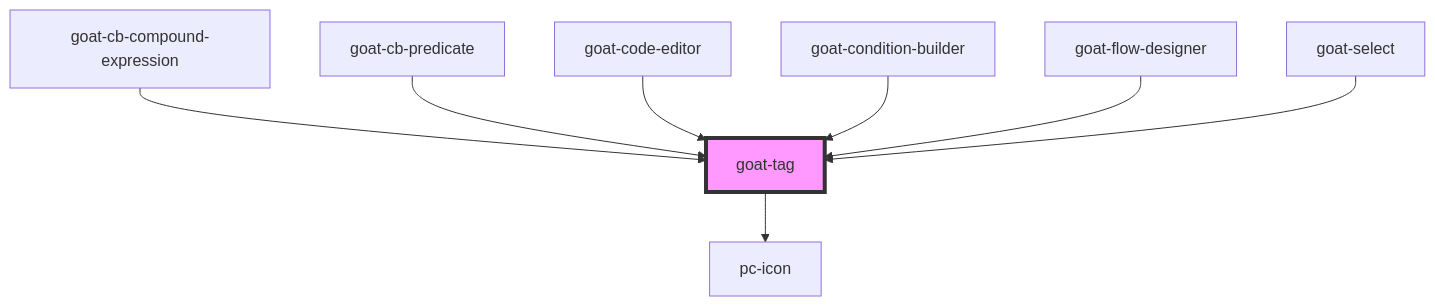
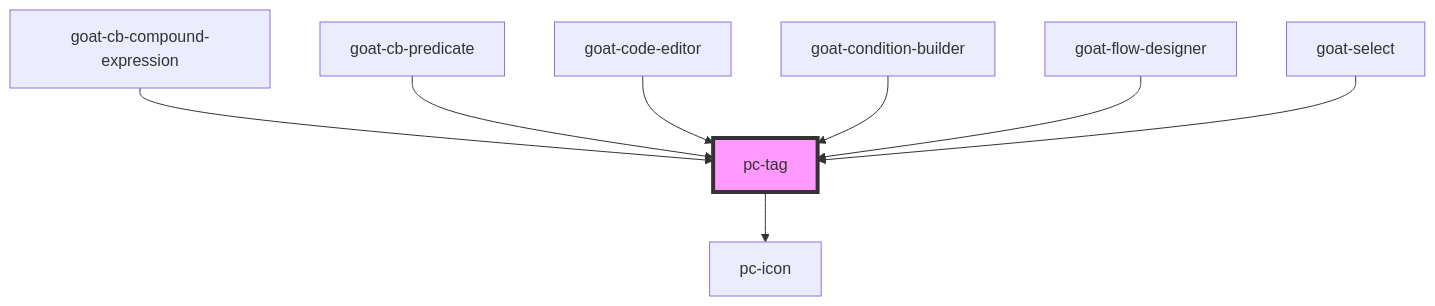
Before and after one commit to redvars/peacock: the diagram in src/components/tag/readme.md, drawn with Mermaid. The commit also changed other lines of this file and 127 other files, not shown here.

````diff
--- a/src/components/tag/readme.md
+++ b/src/components/tag/readme.md
@@ -44,11 +44,11 @@
 ```mermaid
 graph TD;
-  goat-tag --> pc-icon
-  goat-cb-compound-expression --> goat-tag
-  goat-cb-predicate --> goat-tag
-  goat-code-editor --> goat-tag
-  goat-condition-builder --> goat-tag
-  goat-flow-designer --> goat-tag
-  goat-select --> goat-tag
-  style goat-tag fill:#f9f,stroke:#333,stroke-width:4px
+  pc-tag --> pc-icon
+  goat-cb-compound-expression --> pc-tag
+  goat-cb-predicate --> pc-tag
+  goat-code-editor --> pc-tag
+  goat-condition-builder --> pc-tag
+  goat-flow-designer --> pc-tag
+  goat-select --> pc-tag
+  style pc-tag fill:#f9f,stroke:#333,stroke-width:4px
 ```
````
